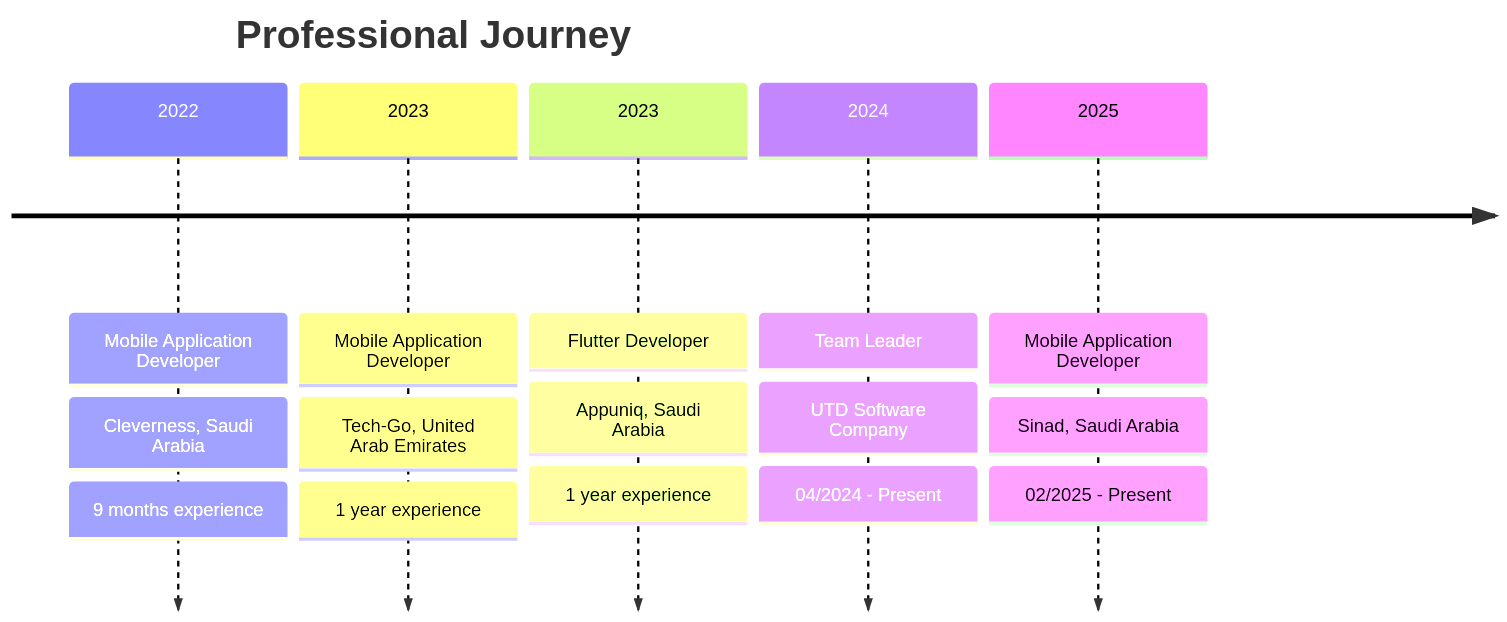
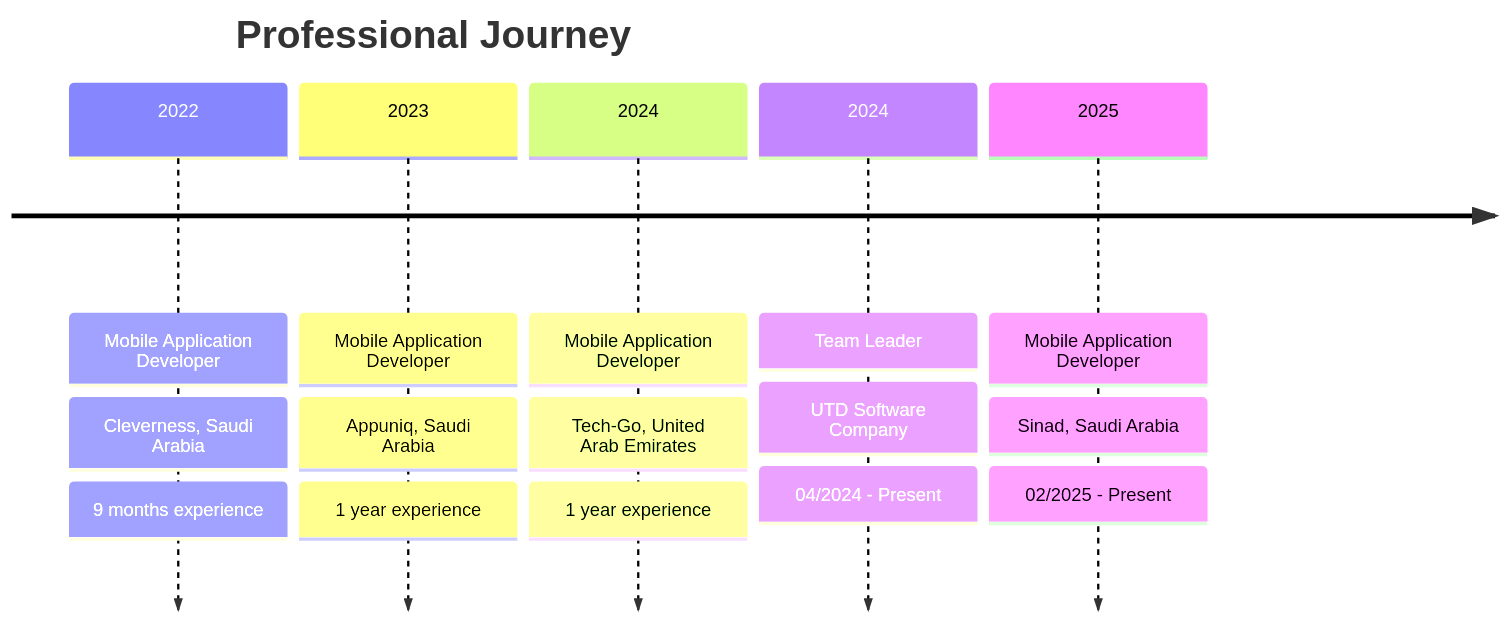
Before and after one commit to MohammedHosny2002/MohammedHosny2002: the second of 4 diagrams in README.md, drawn with Mermaid.

Commit message:
Update README.md
Update

````diff
--- a/README.md
+++ b/README.md
@@ -146,25 +146,25 @@
 ```mermaid
 timeline
     title Professional Journey
     
 
     2022 : Mobile Application Developer
          : Cleverness, Saudi Arabia
          : 9 months experience
+    
+    2023 : Mobile Application Developer
+         : Appuniq, Saudi Arabia
+         : 1 year experience
 
-    2023 : Mobile Application Developer
+    2024 : Mobile Application Developer
          : Tech-Go, United Arab Emirates
-         : 1 year experience
-    
-    2023 : Flutter Developer
-         : Appuniq, Saudi Arabia
          : 1 year experience
     
     2024 : Team Leader
          : UTD Software Company
          : 04/2024 - Present
 
     2025 : Mobile Application Developer
          : Sinad, Saudi Arabia
          : 02/2025 - Present
 ```
````
